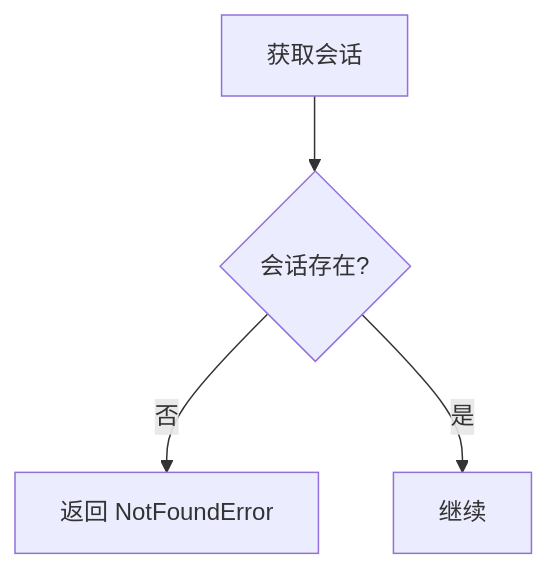
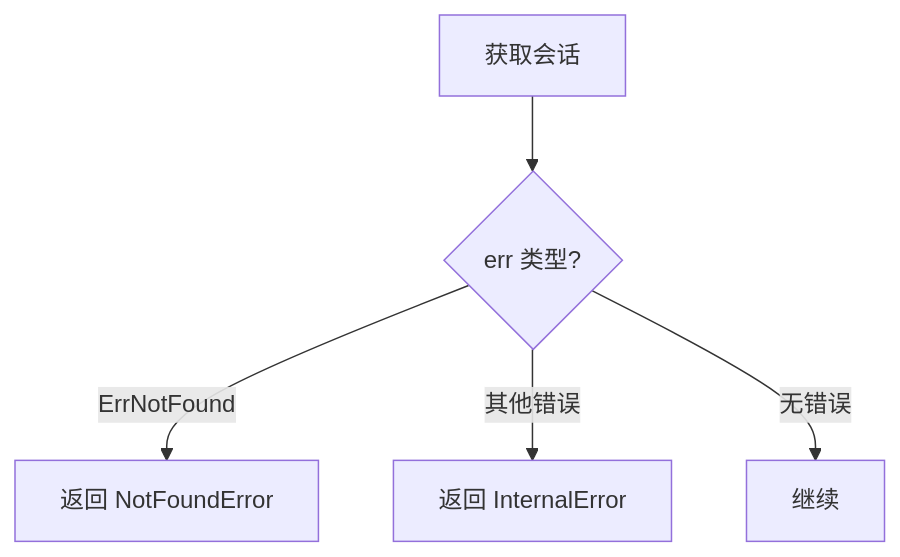
Before and after one commit to PineappleBond/xyncra-server: the third of 6 diagrams in wiki/flows/set-typing.md, drawn with Mermaid. The commit also changed other lines of this file and 21 other files, not shown here.

````diff
--- a/wiki/flows/set-typing.md
+++ b/wiki/flows/set-typing.md
@@ -115,6 +115,7 @@
 ```mermaid
 flowchart TD
-    A[获取会话] --> B{会话存在?}
-    B -->|否| C[返回 NotFoundError]
-    B -->|是| D[继续]
+    A[获取会话] --> B{err 类型?}
+    B -->|ErrNotFound| C[返回 NotFoundError]
+    B -->|其他错误| D[返回 InternalError]
+    B -->|无错误| E[继续]
 ```
````
